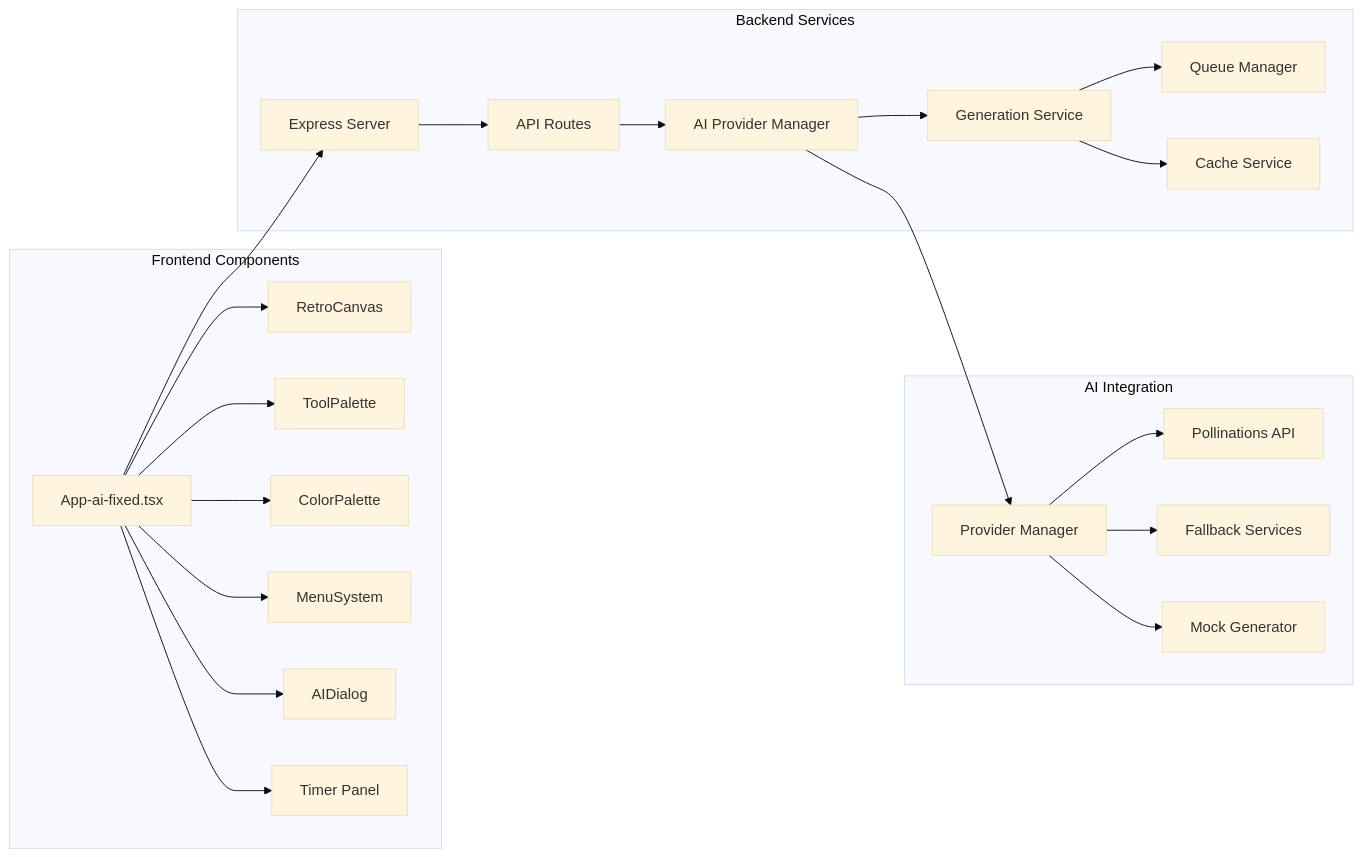
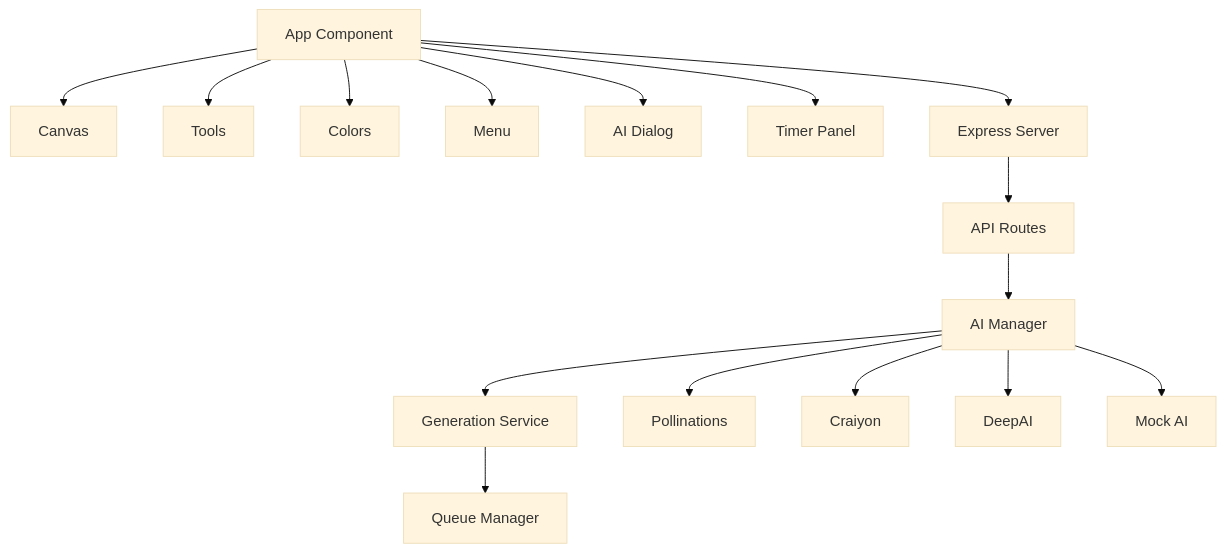
One commit to MariyamSeemab/KiroWeek4 changed the third of 9 diagrams in retro-ai-paint/ARCHITECTURE.md. Above: the diagram before and after it, drawn with Mermaid (base theme). The commit also changed other lines of this file and 7 other files, not shown here.

````diff
--- a/retro-ai-paint/ARCHITECTURE.md
+++ b/retro-ai-paint/ARCHITECTURE.md
@@ -96,47 +82,20 @@
 ```mermaid
-graph LR
-    subgraph "Frontend Components"
-        App[App-ai-fixed.tsx]
-        Canvas[RetroCanvas]
-        Tools[ToolPalette]
-        Colors[ColorPalette]
-        Menu[MenuSystem]
-        AIDialog[AIDialog]
-        Timer[Timer Panel]
-    end
+graph TD
+    A[App Component] --> B[Canvas]
+    A --> C[Tools]
+    A --> D[Colors]
+    A --> E[Menu]
+    A --> F[AI Dialog]
+    A --> G[Timer Panel]
     
-    subgraph "Backend Services"
-        Server[Express Server]
-        Routes[API Routes]
-        AIManager[AI Provider Manager]
-        GenService[Generation Service]
-        Queue[Queue Manager]
-        Cache[Cache Service]
-    end
+    A --> H[Express Server]
+    H --> I[API Routes]
+    I --> J[AI Manager]
+    J --> K[Generation Service]
+    K --> L[Queue Manager]
     
-    subgraph "AI Integration"
-        Providers[Provider Manager]
-        Pollinations[Pollinations API]
-        Fallback[Fallback Services]
-        Mock[Mock Generator]
-    end
-    
-    App --> Canvas
-    App --> Tools
-    App --> Colors
-    App --> Menu
-    App --> AIDialog
-    App --> Timer
-    
-    App --> Server
-    Server --> Routes
-    Routes --> AIManager
-    AIManager --> GenService
-    GenService --> Queue
-    GenService --> Cache
-    
-    AIManager --> Providers
-    Providers --> Pollinations
-    Providers --> Fallback
-    Providers --> Mock
+    J --> M[Pollinations]
+    J --> N[Craiyon]
+    J --> O[DeepAI]
+    J --> P[Mock AI]
 ```
````
